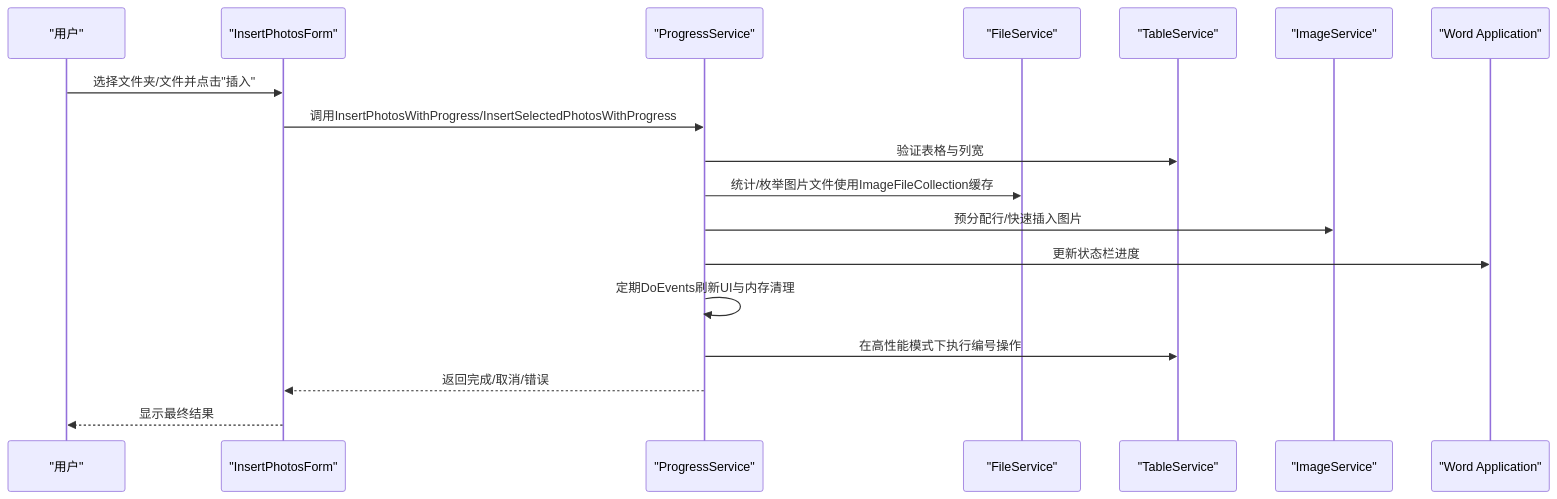
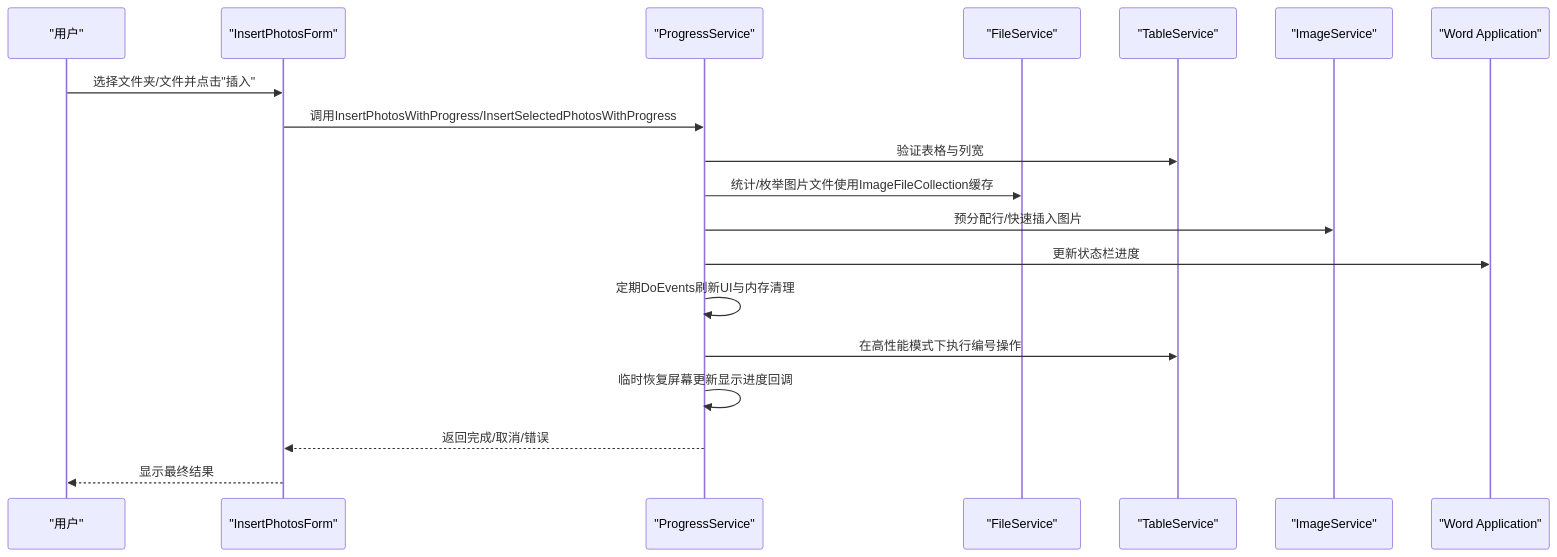
Before and after one commit to rainiva/WordTools: the second of 6 diagrams in .qoder/repowiki/zh/content/服务层/进度服务.md, drawn with Mermaid. The commit also changed other lines of this file and 6 other files, not shown here.

First line of the commit message:
perf: 内联编号+扫描优化+行准备加速+图片显示修复

````diff
--- a/.qoder/repowiki/zh/content/服务层/进度服务.md
+++ b/.qoder/repowiki/zh/content/服务层/进度服务.md
@@ -97,20 +97,21 @@
 ```mermaid
 sequenceDiagram
 participant U as "用户"
 participant F as "InsertPhotosForm"
 participant PS as "ProgressService"
 participant FS as "FileService"
 participant TS as "TableService"
 participant IS as "ImageService"
 participant APP as "Word Application"
 U->>F : 选择文件夹/文件并点击"插入"
 F->>PS : 调用InsertPhotosWithProgress/InsertSelectedPhotosWithProgress
 PS->>TS : 验证表格与列宽
 PS->>FS : 统计/枚举图片文件使用ImageFileCollection缓存
 PS->>IS : 预分配行/快速插入图片
 PS->>APP : 更新状态栏进度
 PS->>PS : 定期DoEvents刷新UI与内存清理
 PS->>TS : 在高性能模式下执行编号操作
+PS->>PS : 临时恢复屏幕更新显示进度回调
 PS-->>F : 返回完成/取消/错误
 F-->>U : 显示最终结果
 ```
````
